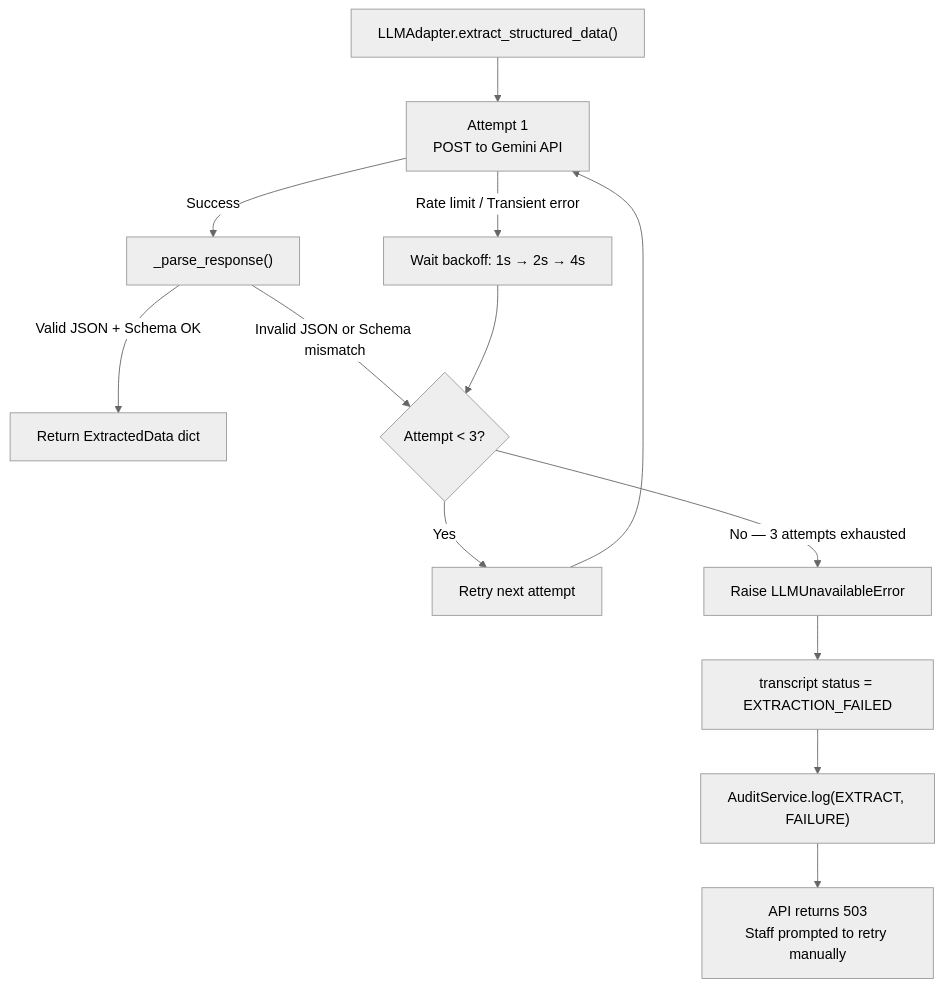
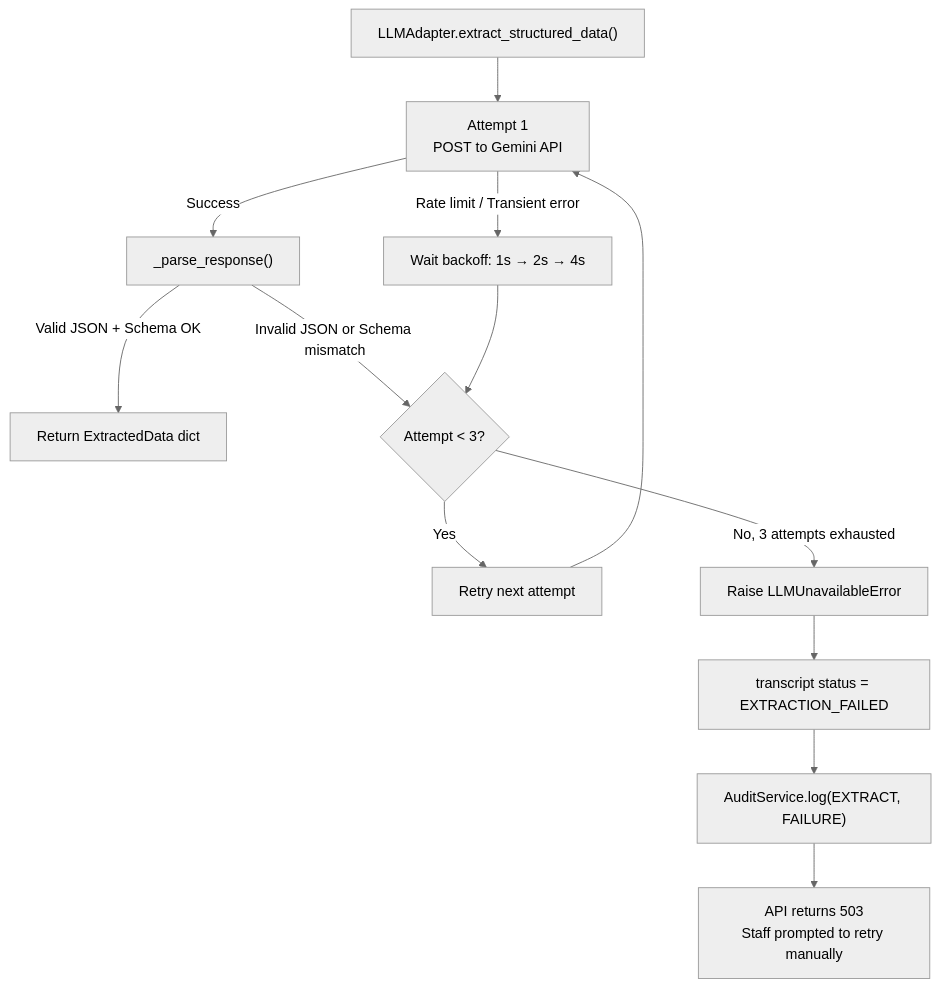
Before and after one commit to git07Sandesh/MSBON_Transcript_Verification: diagram 17 of 18 in Software_Design_Document.md, drawn with Mermaid (neutral theme). The commit also changed other lines of this file and 46 other files, not shown here.

````diff
--- a/Software_Design_Document.md
+++ b/Software_Design_Document.md
@@ -1499,15 +1499,15 @@
 ```mermaid
 flowchart TD
     A["LLMAdapter.extract_structured_data()"] --> B["Attempt 1\nPOST to Gemini API"]
     B -->|"Success"| C["_parse_response()"]
     C -->|"Valid JSON + Schema OK"| D["Return ExtractedData dict"]
     C -->|"Invalid JSON or Schema mismatch"| E{"Attempt < 3?"}
     B -->|"Rate limit / Transient error"| F["Wait backoff: 1s → 2s → 4s"]
     F --> E
     E -->|"Yes"| G["Retry next attempt"]
     G --> B
-    E -->|"No — 3 attempts exhausted"| H["Raise LLMUnavailableError"]
+    E -->|"No, 3 attempts exhausted"| H["Raise LLMUnavailableError"]
     H --> I["transcript status = EXTRACTION_FAILED"]
     I --> J["AuditService.log(EXTRACT, FAILURE)"]
     J --> K["API returns 503\nStaff prompted to retry manually"]
 ```
````
